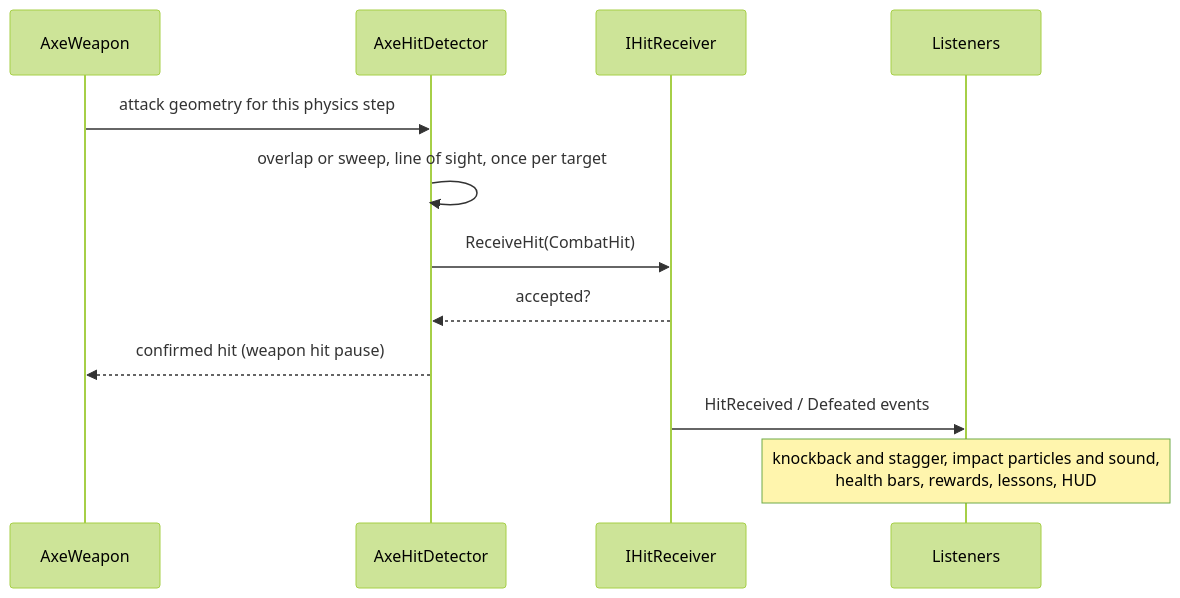
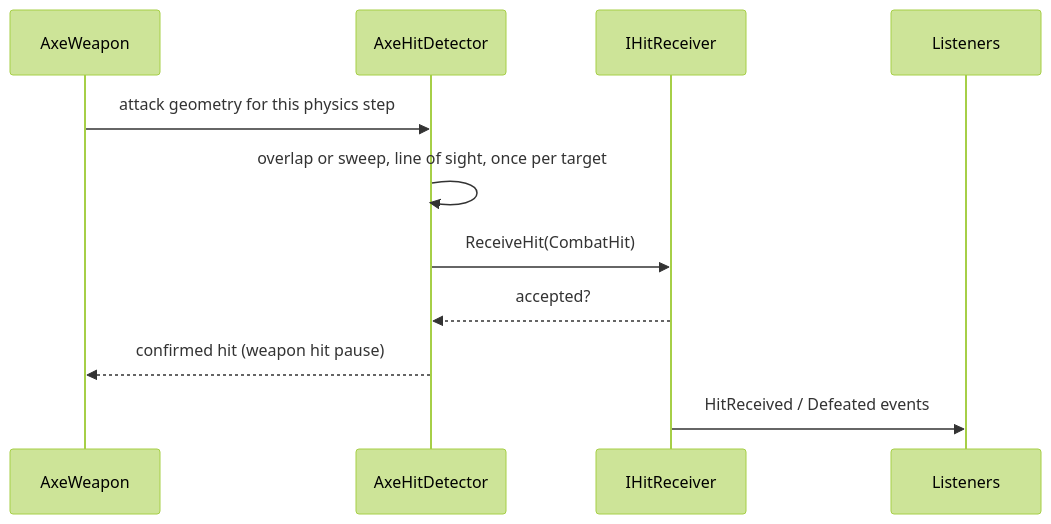
The second of 5 diagrams in Docs/SystemsOverview.md (Ronno7/RoadOfTheOldKing), drawn with Mermaid (forest theme) before and after one commit. The commit also changed other lines of this file and 48 other files, not shown here.

````diff
--- a/Docs/SystemsOverview.md
+++ b/Docs/SystemsOverview.md
@@ -154,14 +120,13 @@
 ```mermaid
 sequenceDiagram
   participant W as AxeWeapon
   participant D as AxeHitDetector
   participant R as IHitReceiver
   participant L as Listeners
   W->>D: attack geometry for this physics step
   D->>D: overlap or sweep, line of sight, once per target
   D->>R: ReceiveHit(CombatHit)
   R-->>D: accepted?
   D-->>W: confirmed hit (weapon hit pause)
   R->>L: HitReceived / Defeated events
-  Note over L: knockback and stagger, impact particles and sound,<br/>health bars, rewards, lessons, HUD
 ```
````
